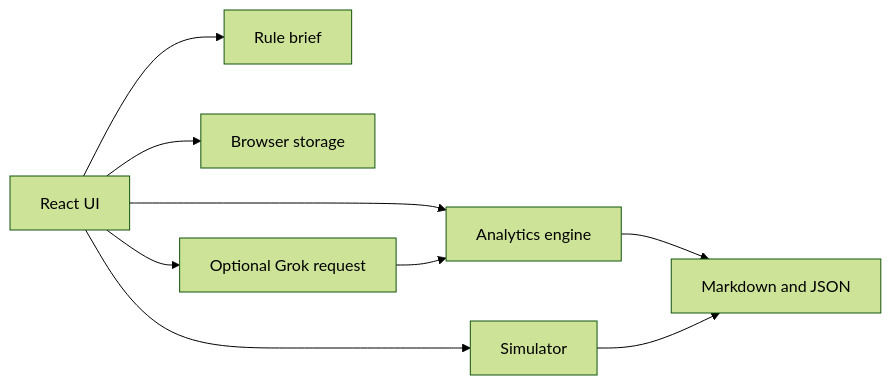
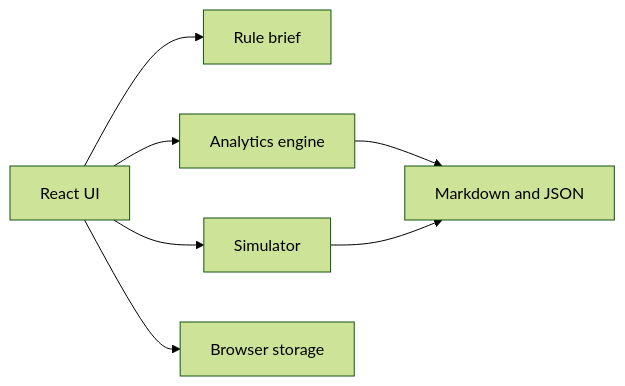
Before and after one commit to Procaffeinator9/CULTURE-SHIFT: the diagram in README.md, drawn with Mermaid (forest theme). The commit also changed other lines of this file and 8 other files, not shown here.

````diff
--- a/README.md
+++ b/README.md
@@ -44,11 +43,9 @@
 ```mermaid
 flowchart LR
   UI[React UI] --> Brief[Rule brief]
   UI --> Engine[Analytics engine]
   UI --> Sim[Simulator]
   UI --> Store[Browser storage]
-  UI --> Agents[Optional Grok request]
-  Agents --> Engine
   Engine --> Report[Markdown and JSON]
   Sim --> Report
 ```
````
